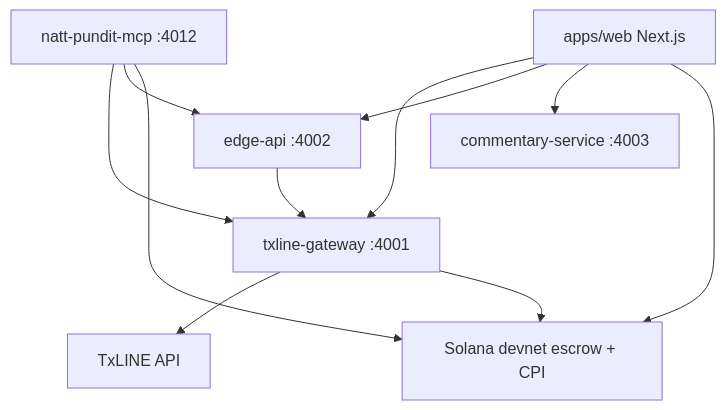
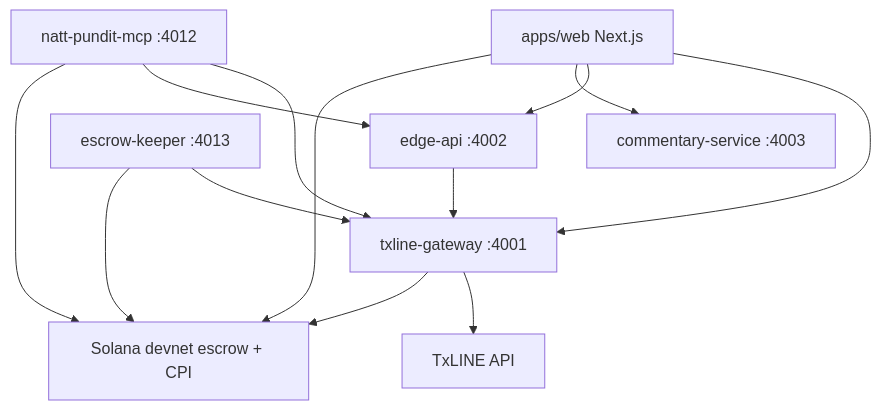
One commit to DIALLOUBE-RESEARCH/natt-pundit changed the diagram in README.md. Above: the diagram before and after it, drawn with Mermaid. The commit also changed other lines of this file and 29 other files, not shown here.

````diff
--- a/README.md
+++ b/README.md
@@ -168,21 +168,24 @@
 ```mermaid
 flowchart TB
   Web[apps/web Next.js]
   GW[txline-gateway :4001]
   Edge[edge-api :4002]
   MCP[natt-pundit-mcp :4012]
+  KPR[escrow-keeper :4013]
   Comm[commentary-service :4003]
   Tx[TxLINE API]
   Sol[Solana devnet escrow + CPI]
 
   Web --> GW
   Web --> Edge
   Web --> Comm
   MCP --> GW
   MCP --> Edge
   MCP --> Sol
+  KPR --> GW
+  KPR --> Sol
   Edge --> GW
   GW --> Tx
   Web --> Sol
   GW --> Sol
 ```
````
